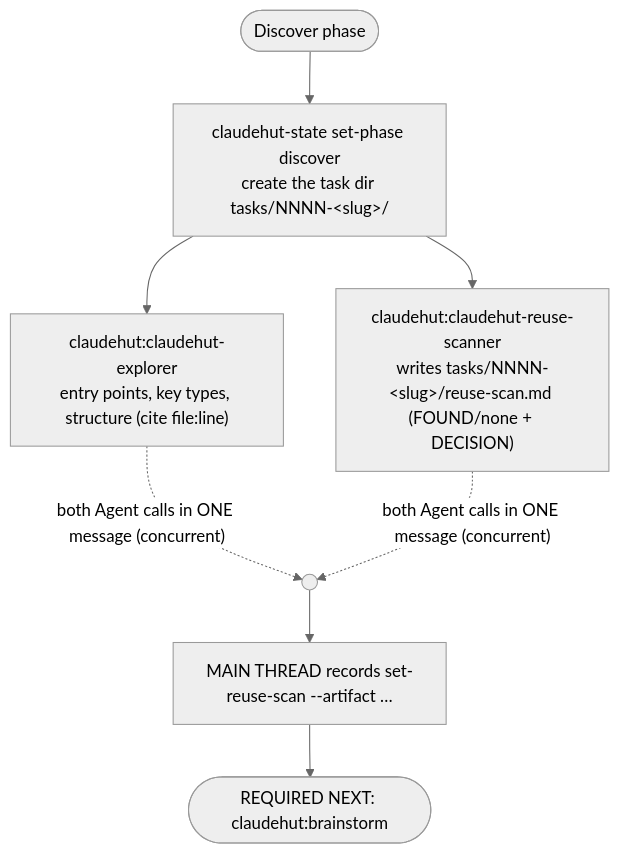
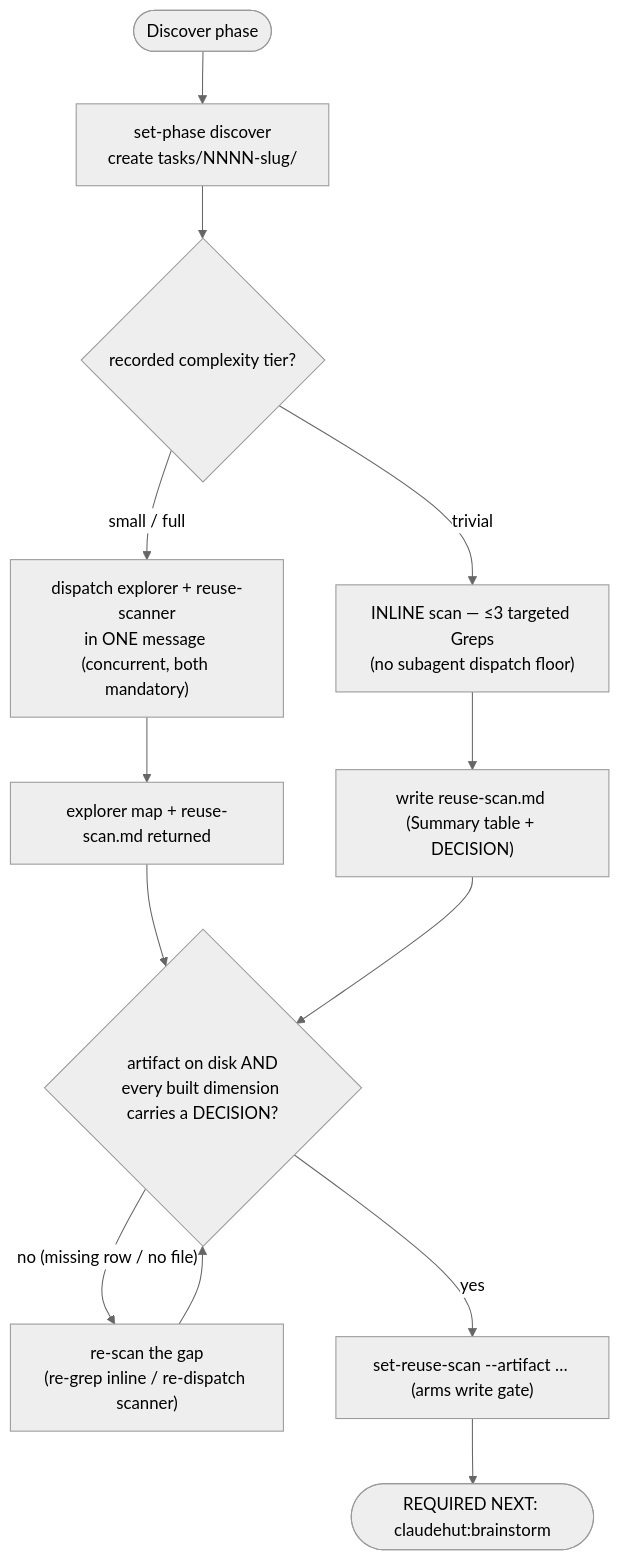
The diagram in skills/discover/SKILL.md (taipt1504/claudehut), drawn with Mermaid (neutral theme) before and after one commit. The commit also changed other lines of this file and 22 other files, not shown here.

First line of the commit message:
feat(v0.8): skill+agent prompts — gates wired, ultra-flow diagrams, concision

````diff
--- a/skills/discover/SKILL.md
+++ b/skills/discover/SKILL.md
@@ -44,9 +44,15 @@
 ```mermaid
 flowchart TB
-    start([Discover phase]) --> ph["claudehut-state set-phase discover<br/>create the task dir tasks/NNNN-&lt;slug&gt;/"]
-    ph --> ex["claudehut:claudehut-explorer<br/>entry points, key types, structure (cite file:line)"]
-    ph --> rs["claudehut:claudehut-reuse-scanner<br/>writes tasks/NNNN-&lt;slug&gt;/reuse-scan.md (FOUND/none + DECISION)"]
-    ex & rs -. "both Agent calls in ONE message (concurrent)" .-> join(( ))
-    join --> rec["MAIN THREAD records set-reuse-scan --artifact …"]
+    start([Discover phase]) --> ph["set-phase discover<br/>create tasks/NNNN-slug/"]
+    ph --> tier{"recorded complexity tier?"}
+    tier -- "trivial" --> inl["INLINE scan — ≤3 targeted Greps<br/>(no subagent dispatch floor)"]
+    tier -- "small / full" --> fan["dispatch explorer + reuse-scanner<br/>in ONE message (concurrent, both mandatory)"]
+    fan --> join["explorer map + reuse-scan.md returned"]
+    inl --> wr["write reuse-scan.md (Summary table + DECISION)"]
+    join --> grd{"artifact on disk AND<br/>every built dimension carries a DECISION?"}
+    wr --> grd
+    grd -- "no (missing row / no file)" --> rescan["re-scan the gap<br/>(re-grep inline / re-dispatch scanner)"]
+    rescan --> grd
+    grd -- "yes" --> rec["set-reuse-scan --artifact … (arms write gate)"]
     rec --> done([REQUIRED NEXT: claudehut:brainstorm])
 ```
````
